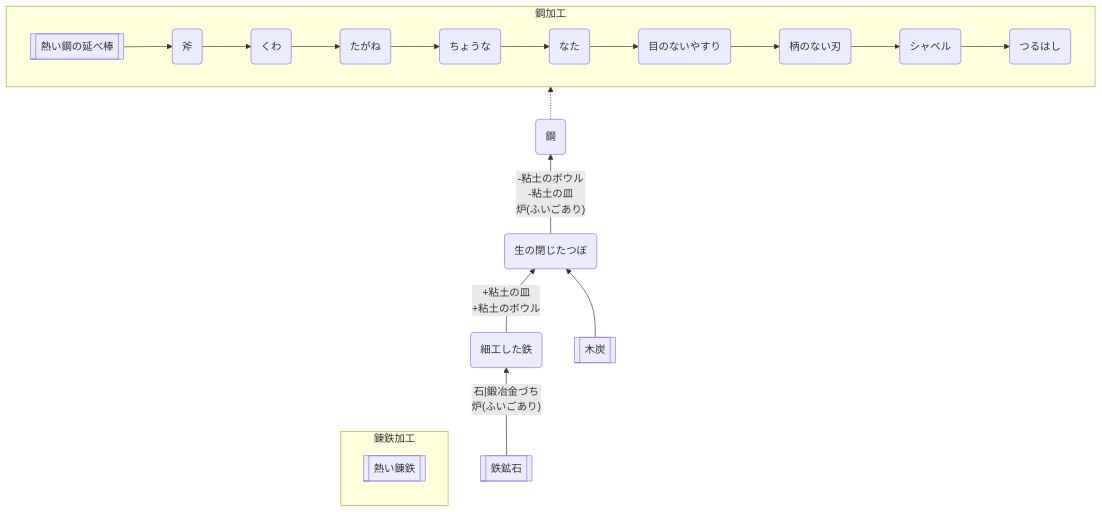
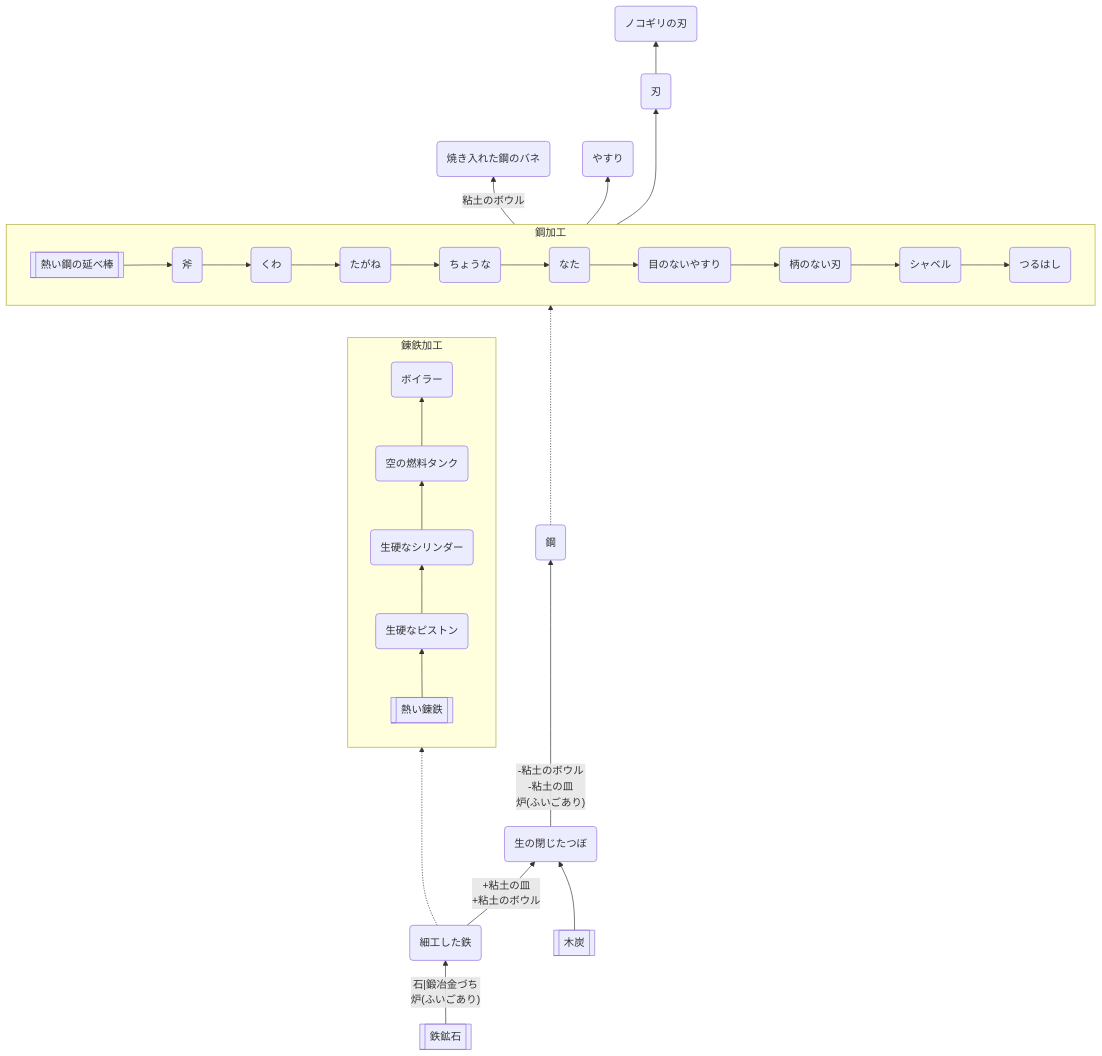
One commit to aya-0p/yah-craft-recipe changed the diagram in Iron.md. Above: the diagram before and after it, drawn with Mermaid. The commit also changed other lines of this file, not shown here.

````diff
--- a/Iron.md
+++ b/Iron.md
@@ -2,29 +2,40 @@
 ```mermaid
 flowchart BT
 aaa[[鉄鉱石]]
 aab[[木炭]]
 aaa -->|"石|鍛冶金づち\n炉(ふいごあり)"| aba(細工した鉄)
 aba -->|"+粘土の皿\n+粘土のボウル"| abb(生の閉じたつぼ)
 aab --> abb
 abb -->|"-粘土のボウル\n-粘土の皿\n炉(ふいごあり)"| abc(鋼)
 
 subgraph b [鋼加工]
 direction LR
 ba[[熱い鋼の延べ棒]]
 ba --> bba(斧)
 bba --> bbb(くわ)
 bbb --> bbc(たがね)
 bbc --> bbd(ちょうな)
 bbd --> bbe(なた)
 bbe --> bbf(目のないやすり)
 bbf --> bbg(柄のない刃)
 bbg --> bbh(シャベル)
 bbh --> bbi(つるはし)
 end
 abc -.-> b
 
+bbg ---> abd(刃)
+abd --> abh(ノコギリの刃)
+bbg -->|粘土のボウル| abf(焼き入れた鋼のバネ)
+bbf --> abe(やすり)
+
+
 subgraph c [錬鉄加工]
 direction BT
 ca[[熱い錬鉄]]
+ca --> cba(生硬なピストン)
+cba --> cbb(生硬なシリンダー)
+cbb --> cbc(空の燃料タンク)
+cbc --> cbd(ボイラー)
 end
+aba -..-> c
 ```
````
